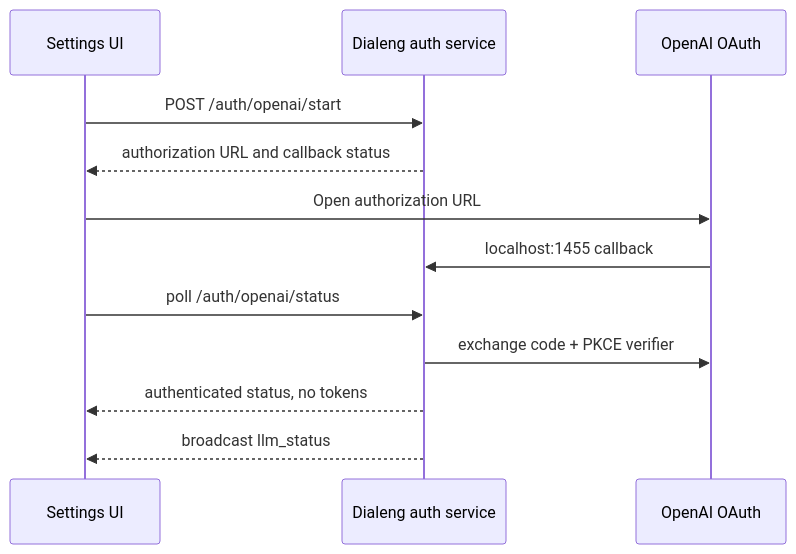
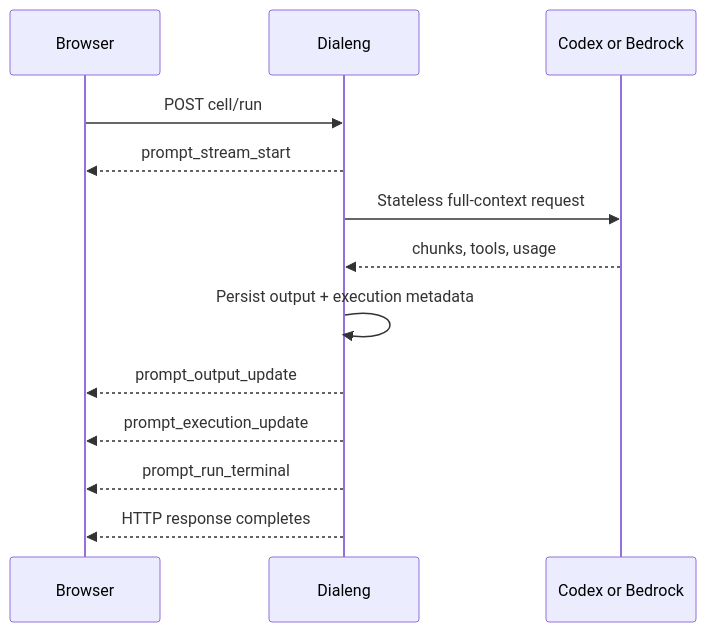
The second of 2 diagrams in docs/how_it_works/20_multi_provider_llm_and_codex.md (sgaseretto/solveish), drawn with Mermaid before and after one commit. The commit also changed other lines of this file and 117 other files, not shown here.

````diff
--- a/docs/how_it_works/20_multi_provider_llm_and_codex.md
+++ b/docs/how_it_works/20_multi_provider_llm_and_codex.md
@@ -75,14 +69,15 @@
 ```mermaid
 sequenceDiagram
-    participant UI as Settings UI
-    participant D as Dialeng auth service
-    participant O as OpenAI OAuth
-    UI->>D: POST /auth/openai/start
-    D-->>UI: authorization URL and callback status
-    UI->>O: Open authorization URL
-    O->>D: localhost:1455 callback
-    UI->>D: poll /auth/openai/status
-    D->>O: exchange code + PKCE verifier
-    D-->>UI: authenticated status, no tokens
-    D-->>UI: broadcast llm_status
+    participant UI as Browser
+    participant App as Dialeng
+    participant LLM as Codex or Bedrock
+    UI->>App: POST cell/run
+    App-->>UI: prompt_stream_start
+    App->>LLM: Stateless full-context request
+    LLM-->>App: chunks, tools, usage
+    App->>App: Persist output + execution metadata
+    App-->>UI: prompt_output_update
+    App-->>UI: prompt_execution_update
+    App-->>UI: prompt_run_terminal
+    App-->>UI: HTTP response completes
 ```
````
